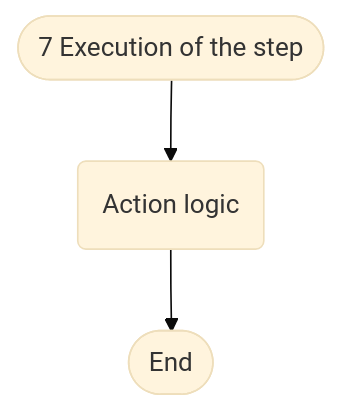
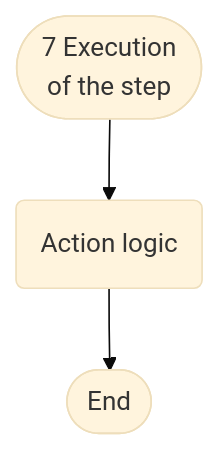
One commit to savushkin-r-d/ptusa_main changed the seventh of 7 diagrams in readme.md. Above: the diagram before and after it, drawn with Mermaid (base theme). The commit also changed other lines of this file, not shown here.

Commit message:
Edit diagrams forms.

````diff
--- a/readme.md
+++ b/readme.md
@@ -135,8 +142,8 @@
 ``` mermaid
 
 flowchart TD
 
-    A([7 Execution of the step]) --> B(Action logic)
+    A([7 Execution <br/> of the step]) --> B(Action logic)
     B(Action logic) --> E([End])
 
 ```
````
